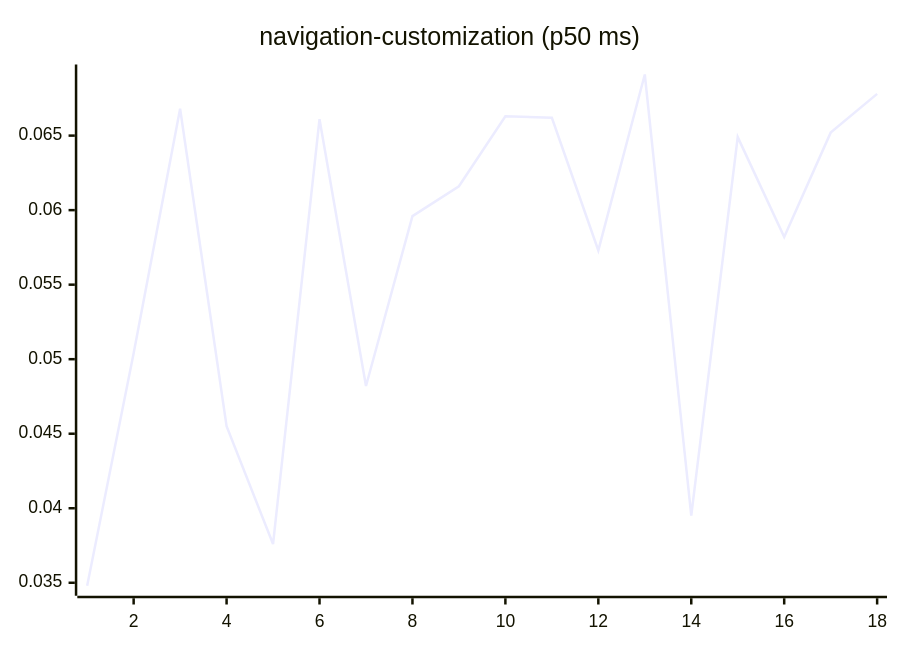
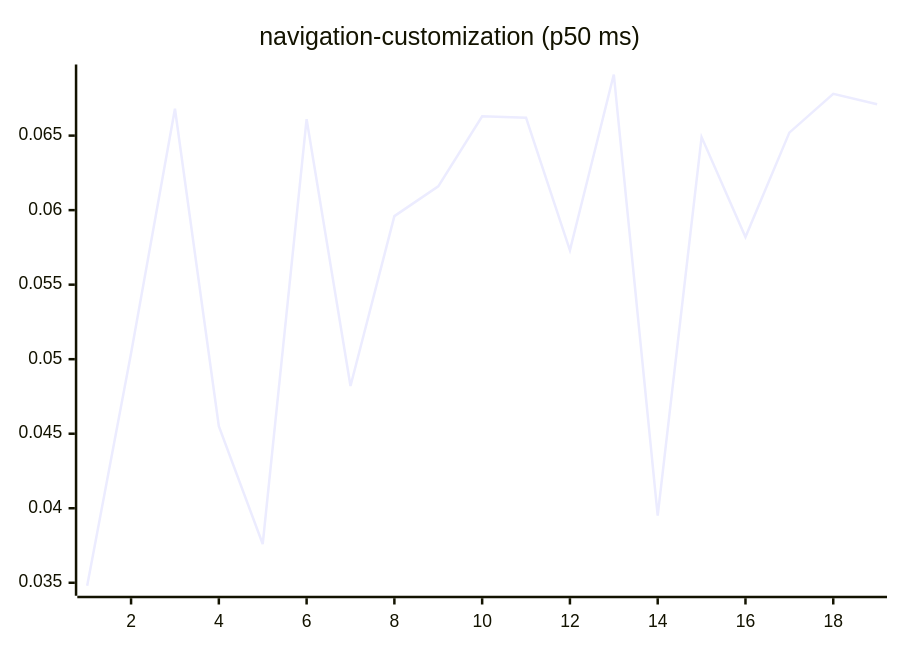
Diagram 15 of 27 in README.md (josha/Facet), drawn with Mermaid before and after one commit. The commit also changed other lines of this file and 2 other files, not shown here.

````diff
--- a/README.md
+++ b/README.md
@@ -161,6 +161,6 @@
 ```mermaid
 xychart-beta
     title "navigation-customization (p50 ms)"
-    x-axis 1 --> 18
-    line [0.0348, 0.0504, 0.0668, 0.0455, 0.0376, 0.0661, 0.0482, 0.0596, 0.0616, 0.0663, 0.0662, 0.0573, 0.0691, 0.0395, 0.0649, 0.0582, 0.0652, 0.0678]
+    x-axis 1 --> 19
+    line [0.0348, 0.0504, 0.0668, 0.0455, 0.0376, 0.0661, 0.0482, 0.0596, 0.0616, 0.0663, 0.0662, 0.0573, 0.0691, 0.0395, 0.0649, 0.0582, 0.0652, 0.0678, 0.0671]
 ```
````
